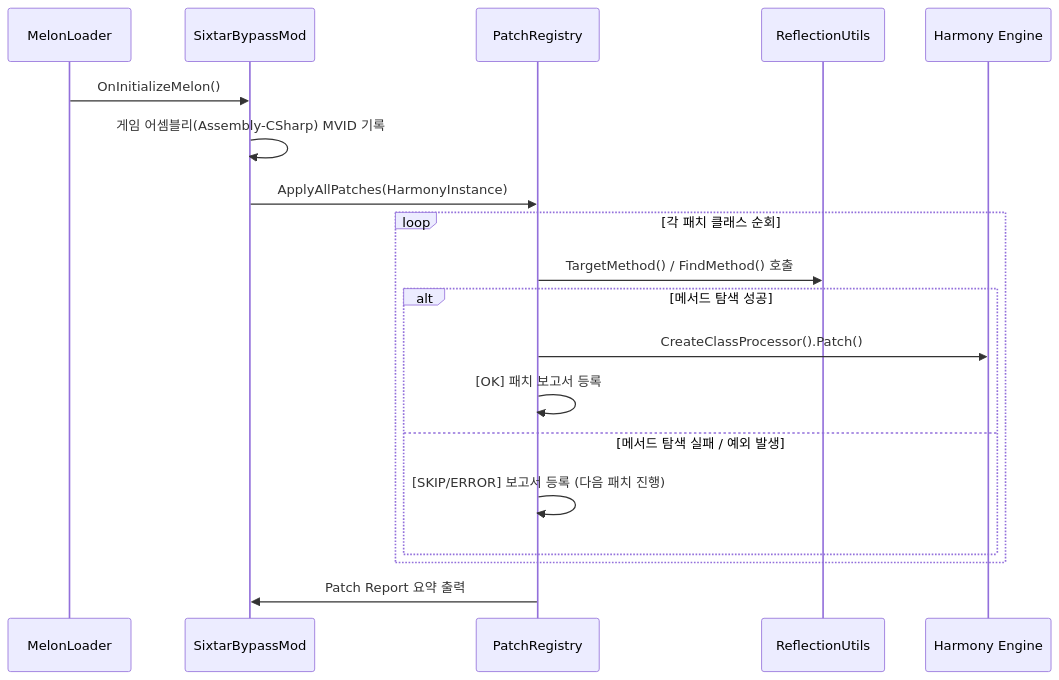
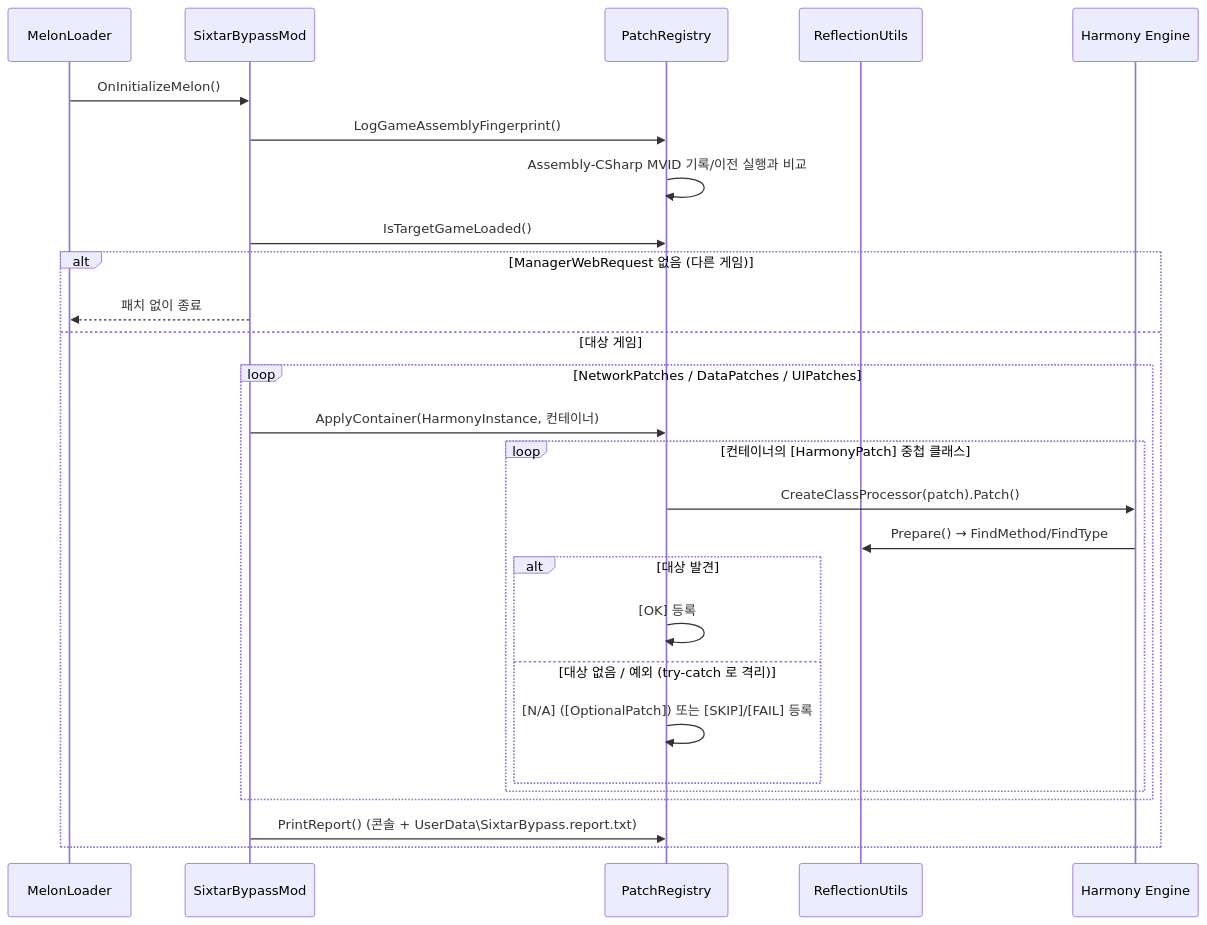
The diagram in docs/architecture.md (magjangin/sxtg2-saver-test), drawn with Mermaid before and after one commit. The commit also changed other lines of this file and 6 other files, not shown here.

````diff
--- a/docs/architecture.md
+++ b/docs/architecture.md
@@ -11,22 +11,30 @@
 ```mermaid
 sequenceDiagram
     participant ML as MelonLoader
     participant Mod as SixtarBypassMod
     participant PR as PatchRegistry
     participant RU as ReflectionUtils
     participant H as Harmony Engine
 
     ML->>Mod: OnInitializeMelon()
-    Mod->>Mod: 게임 어셈블리(Assembly-CSharp) MVID 기록
-    Mod->>PR: ApplyAllPatches(HarmonyInstance)
-    loop 각 패치 클래스 순회
-        PR->>RU: TargetMethod() / FindMethod() 호출
-        alt 메서드 탐색 성공
-            PR->>H: CreateClassProcessor().Patch()
-            PR->>PR: [OK] 패치 보고서 등록
-        else 메서드 탐색 실패 / 예외 발생
-            PR->>PR: [SKIP/ERROR] 보고서 등록 (다음 패치 진행)
+    Mod->>PR: LogGameAssemblyFingerprint()
+    PR->>PR: Assembly-CSharp MVID 기록/이전 실행과 비교
+    Mod->>PR: IsTargetGameLoaded()
+    alt ManagerWebRequest 없음 (다른 게임)
+        Mod-->>ML: 패치 없이 종료
+    else 대상 게임
+        loop NetworkPatches / DataPatches / UIPatches
+            Mod->>PR: ApplyContainer(HarmonyInstance, 컨테이너)
+            loop 컨테이너의 [HarmonyPatch] 중첩 클래스
+                PR->>H: CreateClassProcessor(patch).Patch()
+                H->>RU: Prepare() → FindMethod/FindType
+                alt 대상 발견
+                    PR->>PR: [OK] 등록
+                else 대상 없음 / 예외 (try-catch 로 격리)
+                    PR->>PR: [N/A] ([OptionalPatch]) 또는 [SKIP]/[FAIL] 등록
+                end
+            end
         end
+        Mod->>PR: PrintReport() (콘솔 + UserData\SixtarBypass.report.txt)
     end
-    PR->>Mod: Patch Report 요약 출력
 ```
````
